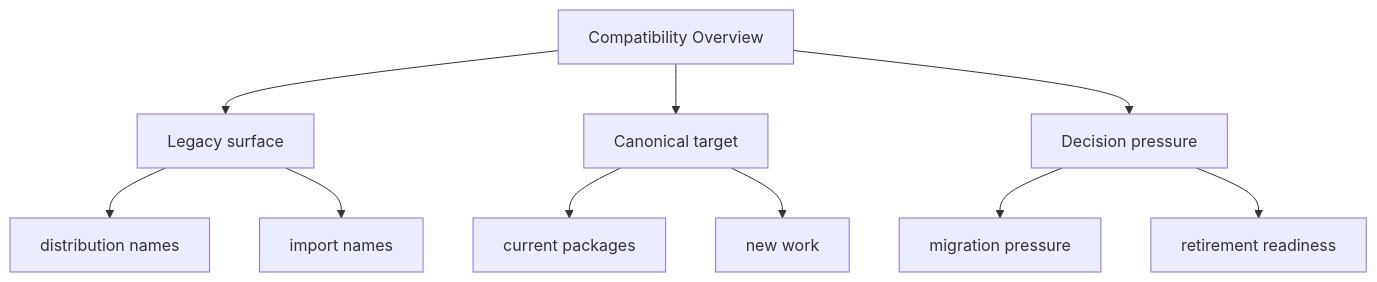
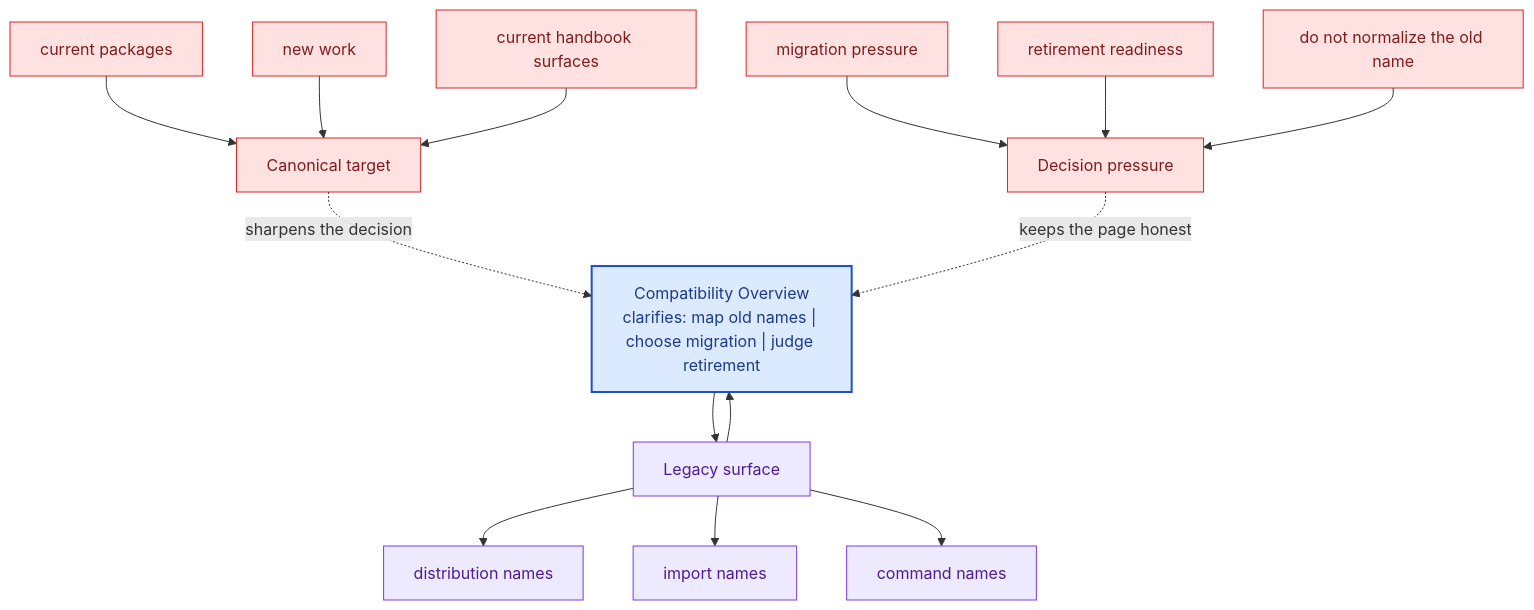
The second of 2 diagrams in docs/compat-packages/compatibility-overview.md (bijux/bijux-canon), drawn with Mermaid before and after one commit. The commit also changed other lines of this file and 281 other files, not shown here.

Commit message:
docs(diagrams): deepen handbook mermaid maps across the catalog

````diff
--- a/docs/compat-packages/compatibility-overview.md
+++ b/docs/compat-packages/compatibility-overview.md
@@ -35,22 +68,40 @@
 ```mermaid
-flowchart TD
-    page["Compatibility Overview"]
+flowchart TB
+    promise["Compatibility Overview<br/>clarifies: map old names | choose migration | judge retirement"]
+    classDef promise fill:#dbeafe,stroke:#1d4ed8,color:#1e3a8a,stroke-width:2px;
+    classDef driver fill:#dcfce7,stroke:#16a34a,color:#14532d;
+    classDef constraint fill:#fee2e2,stroke:#dc2626,color:#7f1d1d;
+    classDef ground fill:#ede9fe,stroke:#7c3aed,color:#4c1d95;
     focus1["Legacy surface"]
-    page --> focus1
+    focus1 --> promise
+    promise --> focus1
     focus1_1["distribution names"]
     focus1 --> focus1_1
     focus1_2["import names"]
     focus1 --> focus1_2
+    focus1_3["command names"]
+    focus1 --> focus1_3
+    class focus1 ground;
+    class focus1_1,focus1_2,focus1_3 ground;
     focus2["Canonical target"]
-    page --> focus2
+    focus2 -.sharpens the decision.-> promise
     focus2_1["current packages"]
-    focus2 --> focus2_1
+    focus2_1 --> focus2
     focus2_2["new work"]
-    focus2 --> focus2_2
+    focus2_2 --> focus2
+    focus2_3["current handbook surfaces"]
+    focus2_3 --> focus2
+    class focus2 constraint;
+    class focus2_1,focus2_2,focus2_3 constraint;
     focus3["Decision pressure"]
-    page --> focus3
+    focus3 -.keeps the page honest.-> promise
     focus3_1["migration pressure"]
-    focus3 --> focus3_1
+    focus3_1 --> focus3
     focus3_2["retirement readiness"]
-    focus3 --> focus3_2
+    focus3_2 --> focus3
+    focus3_3["do not normalize the old name"]
+    focus3_3 --> focus3
+    class focus3 constraint;
+    class focus3_1,focus3_2,focus3_3 constraint;
+    class promise promise;
 ```
````
